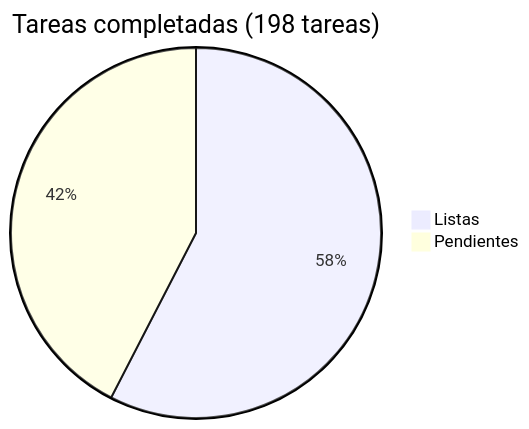
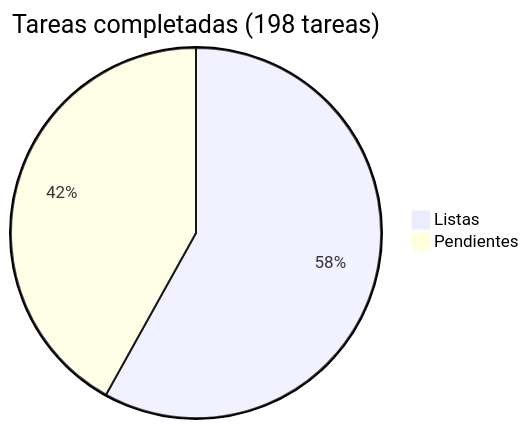
One commit to araguaney-lat/araguaney changed the diagram in docs/roadmap/README.md. Above: the diagram before and after it, drawn with Mermaid. The commit also changed other lines of this file and 8 other files, not shown here.

First line of the commit message:
feat: add weight fields to domain models and schemas (task 22)

````diff
--- a/docs/roadmap/README.md
+++ b/docs/roadmap/README.md
@@ -5,5 +5,5 @@
 ```mermaid
 pie title Tareas completadas (198 tareas)
-    "Listas" : 114
-    "Pendientes" : 84
+    "Listas" : 115
+    "Pendientes" : 83
 ```
````
